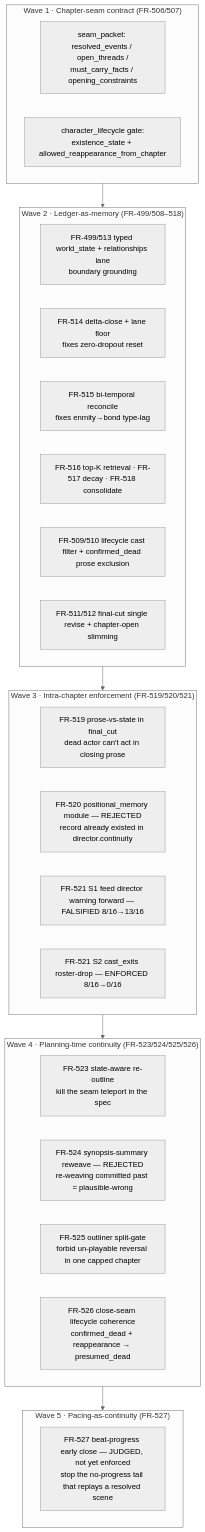
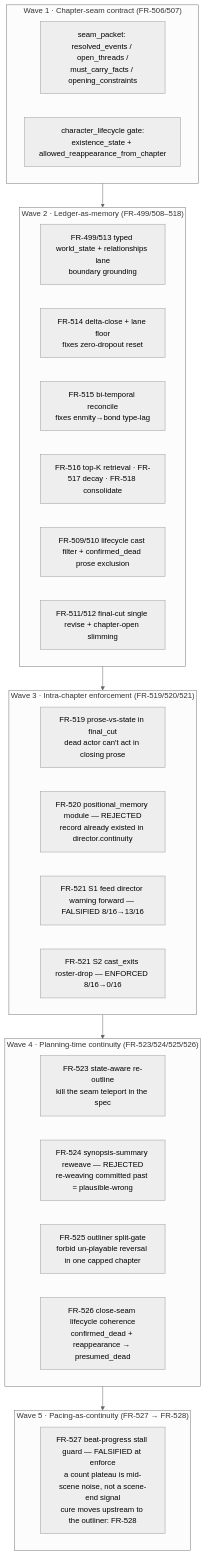
Before and after one commit to sheikkinen/yamlgraph: the first of 3 diagrams in examples/dungeon_master/docs/continuity-issues.md, drawn with Mermaid (neutral theme). The commit also changed other lines of this file, not shown here.

First line of the commit message:
docs(dungeon_master): FR-527 falsification reconciliation in continuity-issues

````diff
--- a/examples/dungeon_master/docs/continuity-issues.md
+++ b/examples/dungeon_master/docs/continuity-issues.md
@@ -52,31 +52,31 @@
 ```mermaid
 flowchart TD
     subgraph W1["Wave 1 · Chapter-seam contract (FR-506/507)"]
         A1[seam_packet: resolved_events / open_threads /<br/>must_carry_facts / opening_constraints]
         A2[character_lifecycle gate:<br/>existence_state + allowed_reappearance_from_chapter]
     end
     subgraph W2["Wave 2 · Ledger-as-memory (FR-499/508–518)"]
         B1[FR-499/513 typed world_state + relationships lane<br/>boundary grounding]
         B2[FR-514 delta-close + lane floor<br/>fixes zero-dropout reset]
         B3[FR-515 bi-temporal reconcile<br/>fixes enmity→bond type-lag]
         B4[FR-516 top-K retrieval · FR-517 decay · FR-518 consolidate]
         B5[FR-509/510 lifecycle cast filter + confirmed_dead prose exclusion]
         B6[FR-511/512 final-cut single revise + chapter-open slimming]
     end
     subgraph W3["Wave 3 · Intra-chapter enforcement (FR-519/520/521)"]
         C1[FR-519 prose-vs-state in final_cut<br/>dead actor can't act in closing prose]
         C2[FR-520 positional_memory module — REJECTED<br/>record already existed in director.continuity]
         C3[FR-521 S1 feed director warning forward — FALSIFIED 8/16→13/16]
         C4[FR-521 S2 cast_exits roster-drop — ENFORCED 8/16→0/16]
     end
     subgraph W4["Wave 4 · Planning-time continuity (FR-523/524/525/526)"]
         D1[FR-523 state-aware re-outline<br/>kill the seam teleport in the spec]
         D2[FR-524 synopsis-summary reweave — REJECTED<br/>re-weaving committed past = plausible-wrong]
         D3[FR-525 outliner split-gate<br/>forbid un-playable reversal in one capped chapter]
         D4[FR-526 close-seam lifecycle coherence<br/>confirmed_dead + reappearance → presumed_dead]
     end
-    subgraph W5["Wave 5 · Pacing-as-continuity (FR-527)"]
-        E1[FR-527 beat-progress early close — JUDGED, not yet enforced<br/>stop the no-progress tail that replays a resolved scene]
+    subgraph W5["Wave 5 · Pacing-as-continuity (FR-527 → FR-528)"]
+        E1[FR-527 beat-progress stall guard — FALSIFIED at enforce<br/>a count plateau is mid-scene noise, not a scene-end signal<br/>cure moves upstream to the outliner: FR-528]
     end
     W1 --> W2 --> W3 --> W4 --> W5
 ```
````
